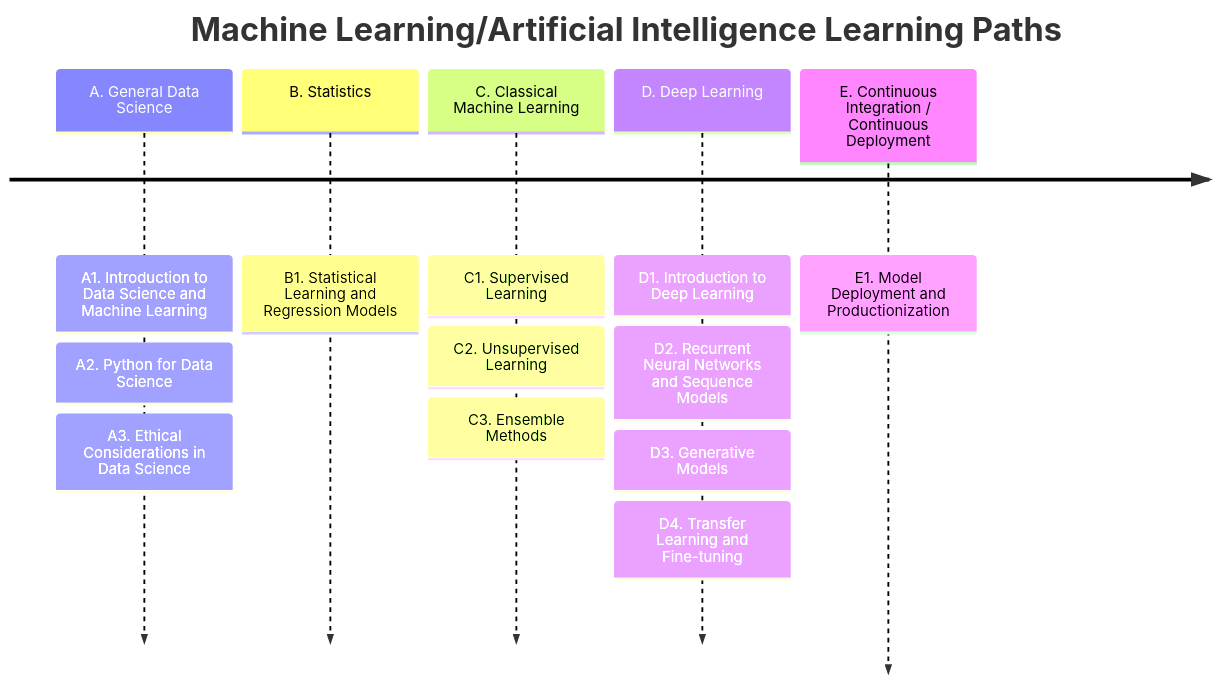
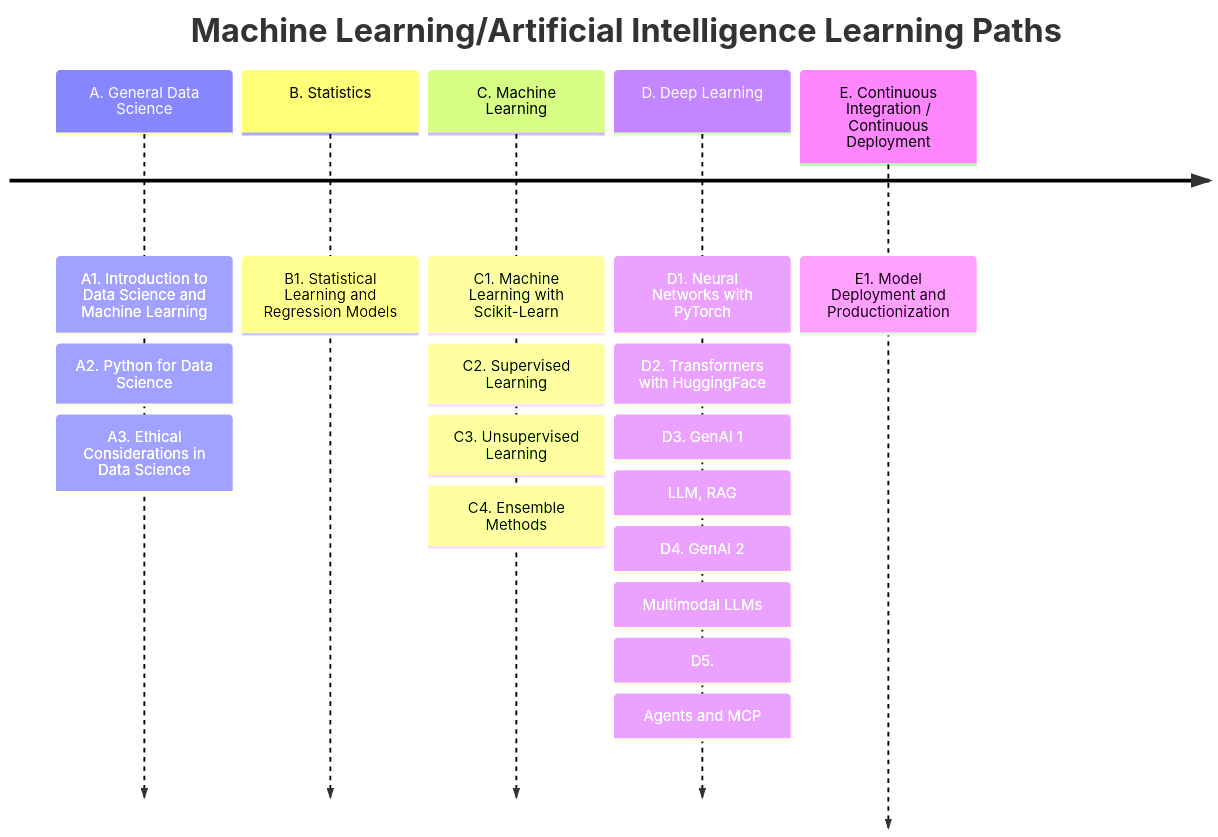
Before and after one commit to ua-datalab/ua-datalab.github.io: the diagram in docs/mlpaths_grids.md, drawn with Mermaid.

````diff
--- a/docs/mlpaths_grids.md
+++ b/docs/mlpaths_grids.md
@@ -8,17 +8,19 @@
 ```mermaid
 timeline
     title Machine Learning/Artificial Intelligence Learning Paths
     A. General Data Science : A1. Introduction to Data Science and Machine Learning
     	    	 	     : A2. Python for Data Science
 			     : A3. Ethical Considerations in Data Science
     B. Statistics : B1. Statistical Learning and Regression Models
-    C. Classical Machine Learning : C1. Supervised Learning
-				 : C2. Unsupervised Learning
-				 : C3. Ensemble Methods
-    D. Deep Learning : D1. Introduction to Deep Learning
-    	   	    : D2. Recurrent Neural Networks and Sequence Models
-		    : D3. Generative Models
-		    : D4. Transfer Learning and Fine-tuning
+    C. Machine Learning : C1. Machine Learning with Scikit-Learn
+       	       		: C2. Supervised Learning
+	        	 : C3. Unsupervised Learning
+			 : C4. Ensemble Methods
+    D. Deep Learning : D1. Neural Networks with PyTorch
+		    : D2. Transformers with HuggingFace
+		    : D3. GenAI 1: LLM, RAG
+		    : D4. GenAI 2: Multimodal LLMs
+		    : D5.: Agents and MCP
     E. Continuous Integration / Continuous Deployment  : E1. Model Deployment and Productionization
 
 ```
````
